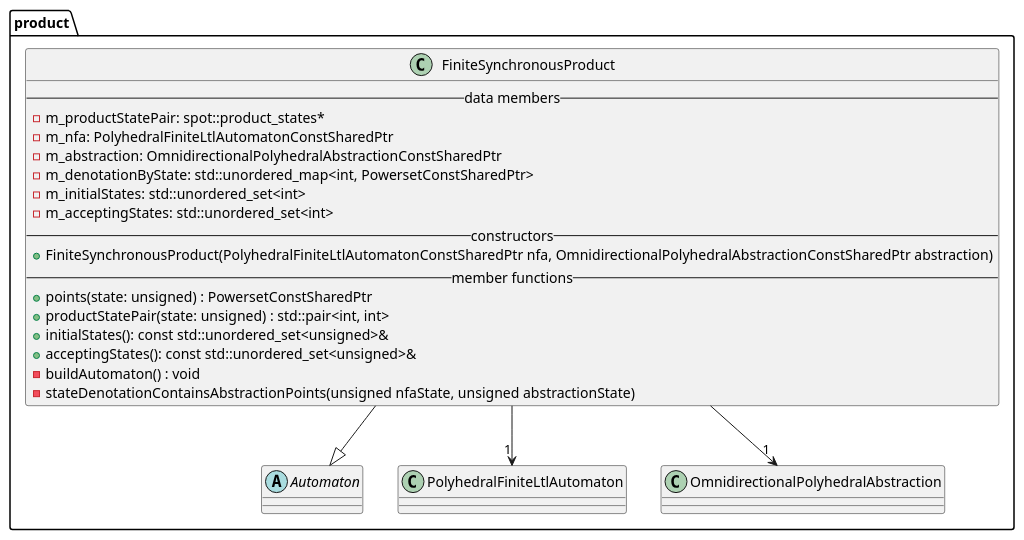
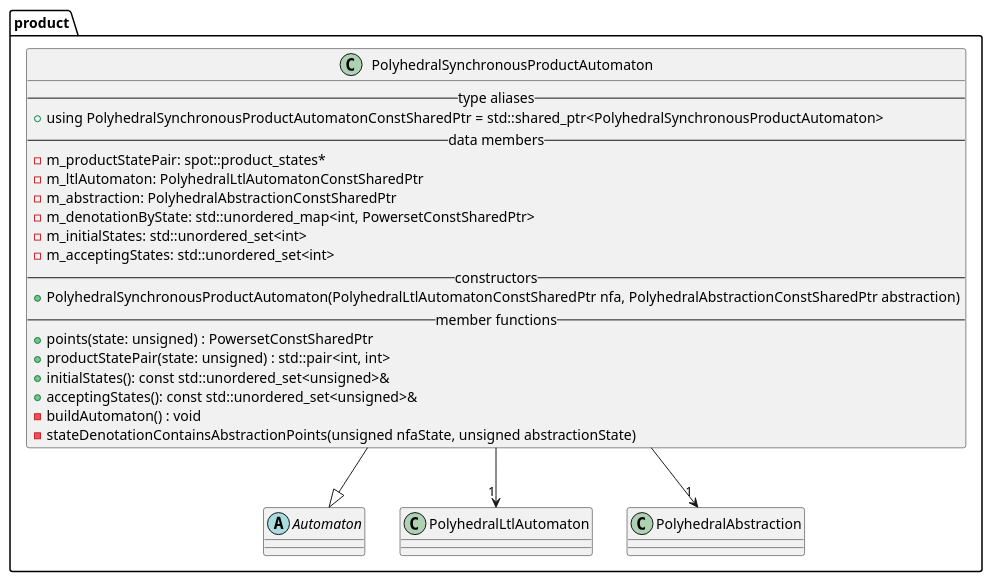
Before and after one commit to vtramo/rtl-mc: the diagram in docs/plantuml/product.puml, drawn with PlantUML. The commit also changed 9 other files, not shown here.

Commit message:
feat(product): make synchronous product independent of polyhedral abstraction and LTL automaton type

```diff
--- a/docs/plantuml/product.puml
+++ b/docs/plantuml/product.puml
@@ -1,28 +1,30 @@
 @startuml
 
 package product {
     abstract Automaton {}
-    class FiniteSynchronousProduct {
+    class PolyhedralSynchronousProductAutomaton {
+        --type aliases--
+        +using PolyhedralSynchronousProductAutomatonConstSharedPtr = std::shared_ptr<PolyhedralSynchronousProductAutomaton>
         -- data members --
         -m_productStatePair: spot::product_states*
-        -m_nfa: PolyhedralFiniteLtlAutomatonConstSharedPtr
-        -m_abstraction: OmnidirectionalPolyhedralAbstractionConstSharedPtr
+        -m_ltlAutomaton: PolyhedralLtlAutomatonConstSharedPtr
+        -m_abstraction: PolyhedralAbstractionConstSharedPtr
         -m_denotationByState: std::unordered_map<int, PowersetConstSharedPtr>
         -m_initialStates: std::unordered_set<int>
         -m_acceptingStates: std::unordered_set<int>
         -- constructors --
-        +FiniteSynchronousProduct(PolyhedralFiniteLtlAutomatonConstSharedPtr nfa, OmnidirectionalPolyhedralAbstractionConstSharedPtr abstraction)
+        +PolyhedralSynchronousProductAutomaton(PolyhedralLtlAutomatonConstSharedPtr nfa, PolyhedralAbstractionConstSharedPtr abstraction)
         -- member functions --
         +points(state: unsigned) : PowersetConstSharedPtr
         +productStatePair(state: unsigned) : std::pair<int, int>
         +initialStates(): const std::unordered_set<unsigned>&
         +acceptingStates(): const std::unordered_set<unsigned>&
         -buildAutomaton() : void
         -stateDenotationContainsAbstractionPoints(unsigned nfaState, unsigned abstractionState)
     }
 
-    FiniteSynchronousProduct --> "1" PolyhedralFiniteLtlAutomaton
-    FiniteSynchronousProduct --> "1" OmnidirectionalPolyhedralAbstraction
-    FiniteSynchronousProduct --|> Automaton
+    PolyhedralSynchronousProductAutomaton --> "1" PolyhedralLtlAutomaton
+    PolyhedralSynchronousProductAutomaton --> "1" PolyhedralAbstraction
+    PolyhedralSynchronousProductAutomaton --|> Automaton
 }
 @enduml
```
